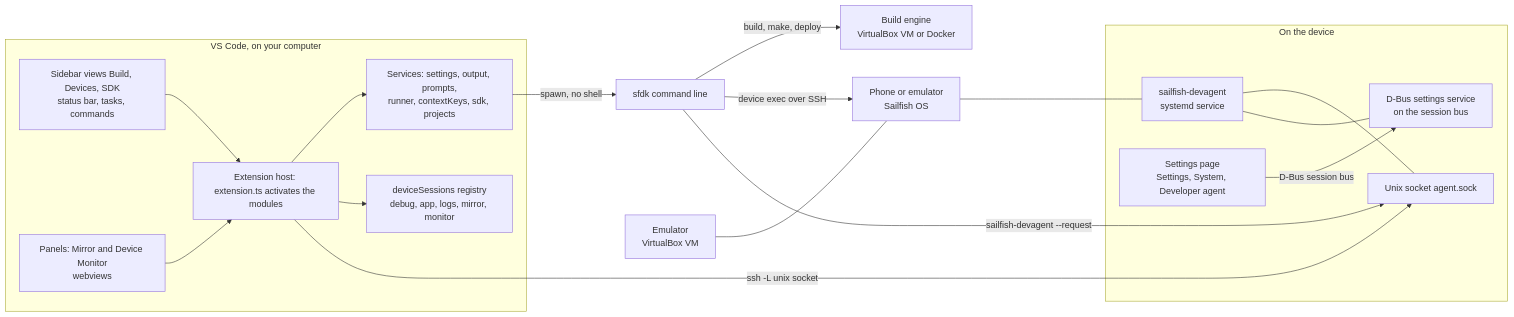
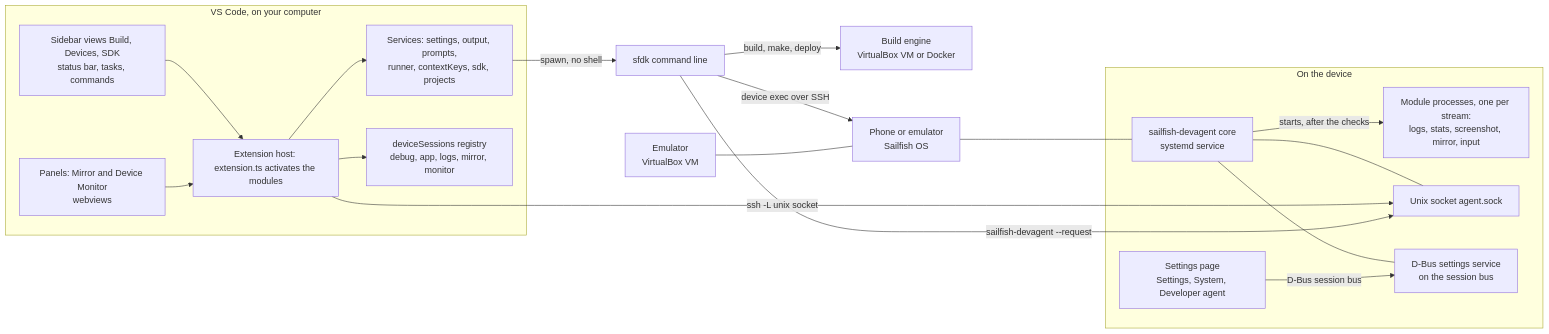
The first of 4 diagrams in README.md (minhdangphuoc/sardina), drawn with Mermaid before and after one commit. The commit also changed other lines of this file and 4 other files, not shown here.

````diff
--- a/README.md
+++ b/README.md
@@ -117,34 +117,36 @@
 ```mermaid
 flowchart LR
   subgraph VSC["VS Code, on your computer"]
     UI["Sidebar views Build, Devices, SDK<br/>status bar, tasks, commands"]
     PAN["Panels: Mirror and Device Monitor<br/>webviews"]
     EXT["Extension host: extension.ts activates the modules"]
     SVC["Services: settings, output, prompts,<br/>runner, contextKeys, sdk, projects"]
     REG["deviceSessions registry<br/>debug, app, logs, mirror, monitor"]
   end
   CLI["sfdk command line"]
   ENG["Build engine<br/>VirtualBox VM or Docker"]
   EMU["Emulator<br/>VirtualBox VM"]
   DEV["Phone or emulator<br/>Sailfish OS"]
   subgraph ONDEV["On the device"]
-    AG["sailfish-devagent<br/>systemd service"]
+    AG["sailfish-devagent core<br/>systemd service"]
+    MOD["Module processes, one per stream:<br/>logs, stats, screenshot, mirror, input"]
     SOCK["Unix socket agent.sock"]
     DBUS["D-Bus settings service<br/>on the session bus"]
     SET["Settings page<br/>Settings, System, Developer agent"]
   end
   UI --> EXT
   PAN --> EXT
   EXT --> SVC
   EXT --> REG
   SVC -->|"spawn, no shell"| CLI
   CLI -->|"build, make, deploy"| ENG
   CLI -->|"device exec over SSH"| DEV
   EMU --- DEV
   DEV --- AG
   AG --- SOCK
+  AG -->|"starts, after the checks"| MOD
   EXT -->|"ssh -L unix socket"| SOCK
   CLI -->|"sailfish-devagent --request"| SOCK
   AG --- DBUS
   SET -->|"D-Bus session bus"| DBUS
 ```
````
